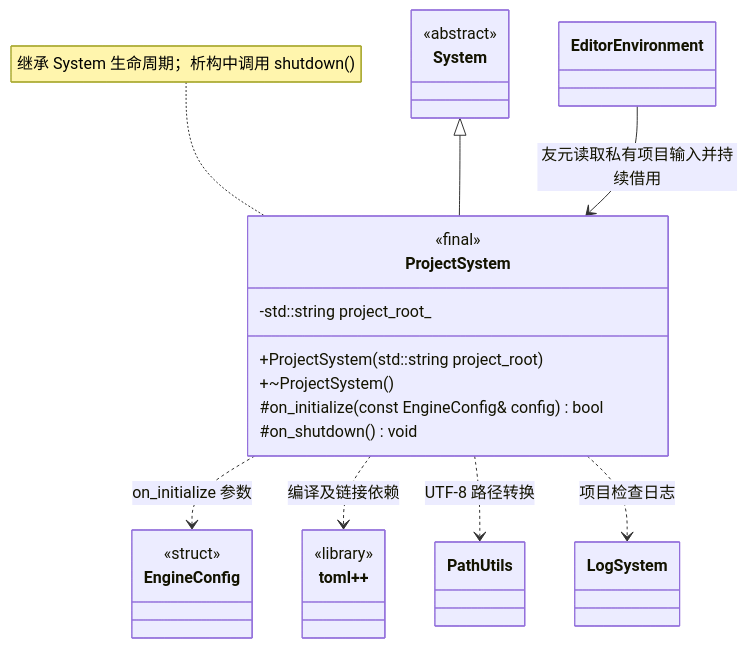
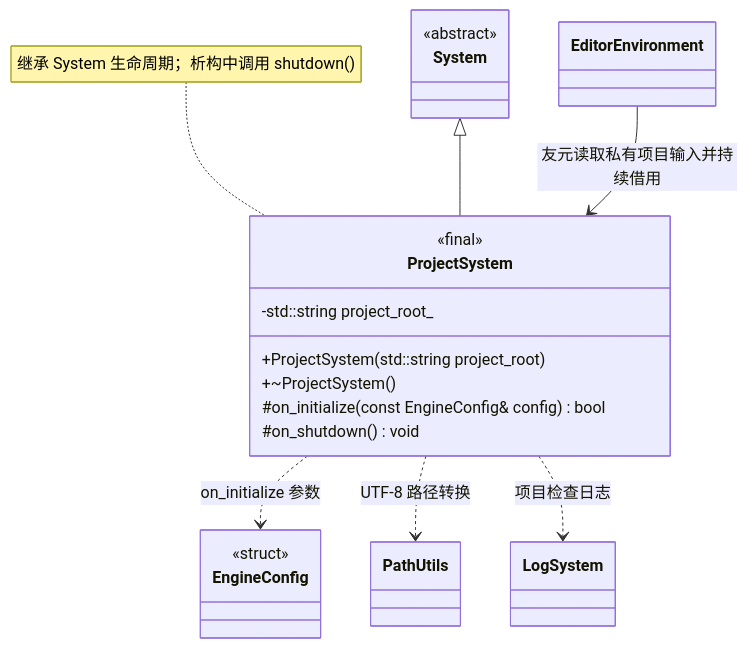
The diagram in docs/editor/class-diagrams/project-system.md (lcals/Engine), drawn with Mermaid before and after one commit. The commit also changed other lines of this file and 125 other files, not shown here.

First line of the commit message:
Fix engine architecture contracts and recovery paths

````diff
--- a/docs/editor/class-diagrams/project-system.md
+++ b/docs/editor/class-diagrams/project-system.md
@@ -7,31 +7,27 @@
 ```mermaid
 classDiagram
     direction TB
     class ProjectSystem {
         <<final>>
         +ProjectSystem(std::string project_root)
         +~ProjectSystem()
         -std::string project_root_
         #on_initialize(const EngineConfig& config) bool
         #on_shutdown() void
     }
     class System {
         <<abstract>>
     }
     class EngineConfig {
         <<struct>>
     }
-    class tomlplusplus["toml++"] {
-        <<library>>
-    }
     System <|-- ProjectSystem
     ProjectSystem ..> EngineConfig : on_initialize 参数
-    ProjectSystem ..> tomlplusplus : 编译及链接依赖
     note for ProjectSystem "继承 System 生命周期；析构中调用 shutdown()"
     class PathUtils
     ProjectSystem ..> PathUtils : UTF-8 路径转换
     class EditorEnvironment
     EditorEnvironment --> ProjectSystem : 友元读取私有项目输入并持续借用
     class LogSystem
     ProjectSystem ..> LogSystem : 项目检查日志
 ```
````
